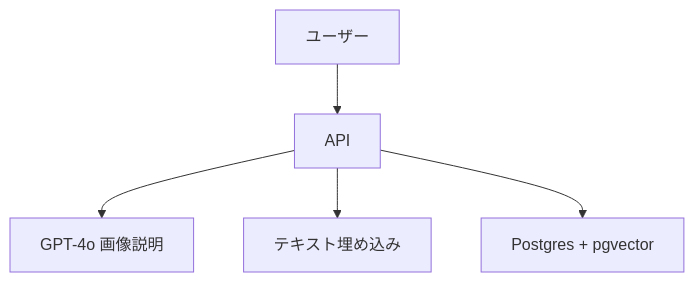
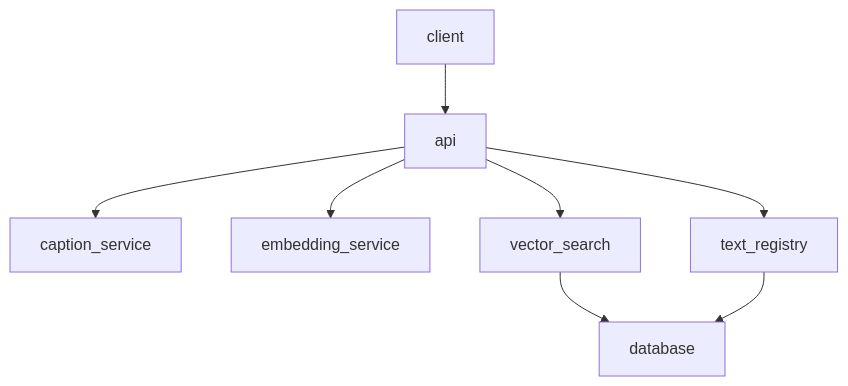
One commit to eisles/ai-chat-app changed the first of 2 diagrams in .kiro/specs/image-to-text-search/design.md. Above: the diagram before and after it, drawn with Mermaid. The commit also changed other lines of this file and 1 other file, not shown here.

````diff
--- a/.kiro/specs/image-to-text-search/design.md
+++ b/.kiro/specs/image-to-text-search/design.md
@@ -30,7 +35,10 @@
 ```mermaid
 graph TB
-    User[ユーザー] --> Api[API]
-    Api --> Gpt4o[GPT-4o 画像説明]
-    Api --> Embedder[テキスト埋め込み]
-    Api --> Pg[Postgres + pgvector]
+    Client[client] --> Api[api]
+    Api --> CaptionService[caption_service]
+    Api --> EmbeddingService[embedding_service]
+    Api --> VectorSearch[vector_search]
+    Api --> TextRegistry[text_registry]
+    VectorSearch --> Database[database]
+    TextRegistry --> Database
 ```
````
